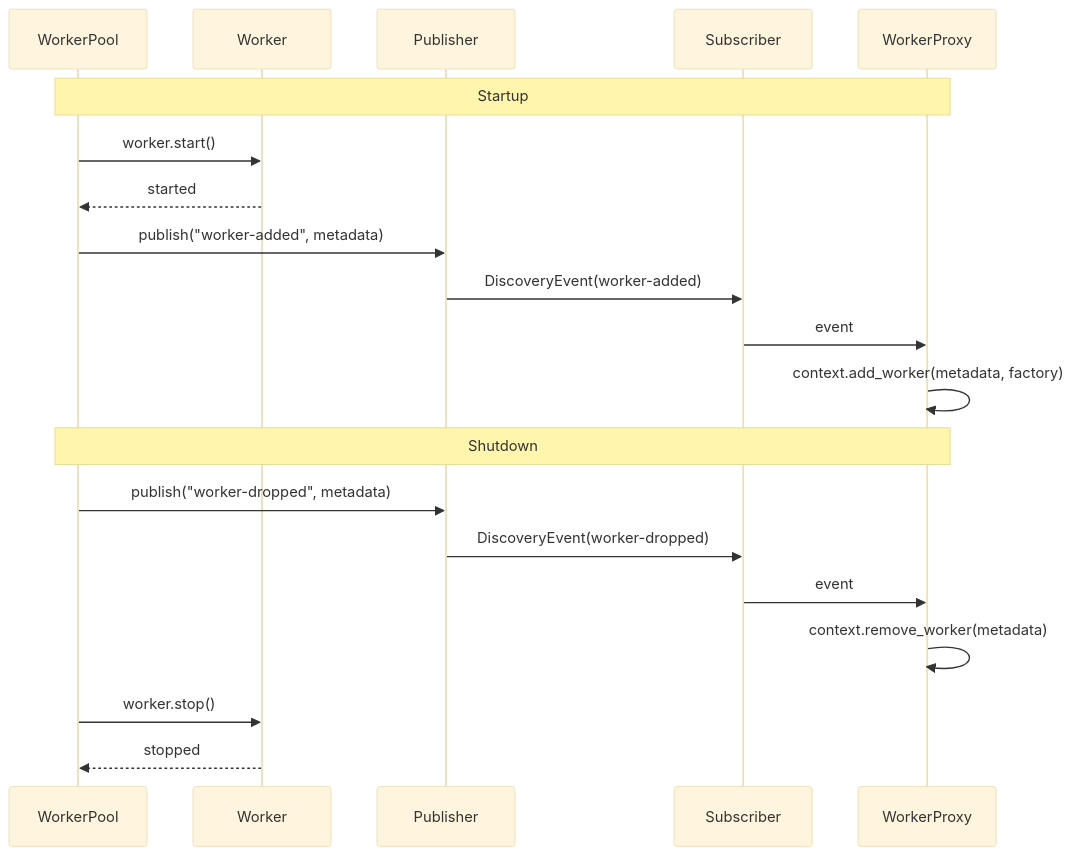
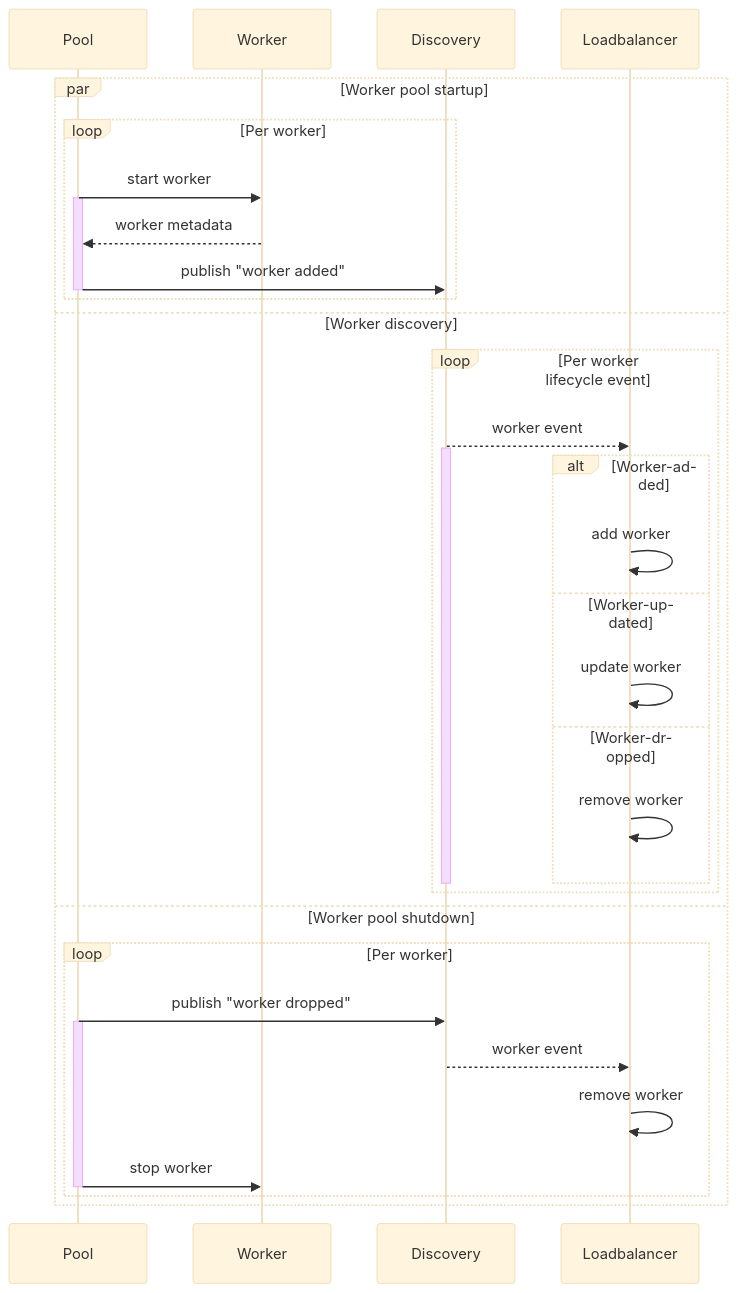
Before and after one commit to wool-labs/wool: the diagram in wool/src/wool/runtime/discovery/README.md, drawn with Mermaid (base theme). The commit also changed other lines of this file and 22 other files, not shown here.

Commit message:
Rename work subpackage to routine; Add README to routine subpackage; Tweak READMEs for discovery and loadbalancer subpackages

````diff
--- a/wool/src/wool/runtime/discovery/README.md
+++ b/wool/src/wool/runtime/discovery/README.md
@@ -147,26 +145,41 @@
 ```mermaid
 sequenceDiagram
-    participant Pool as WorkerPool
-    participant W as Worker
-    participant Pub as Publisher
-    participant Sub as Subscriber
-    participant Proxy as WorkerProxy
+    participant Pool
+    participant Worker
+    participant Discovery
+    participant Loadbalancer
 
-    Note over Pool,Proxy: Startup
+    par Worker pool startup
+        loop Per worker
+            Pool ->> Worker: start worker
+            activate Pool
+            Worker -->> Pool: worker metadata
+            Pool ->> Discovery: publish "worker added"
+            deactivate Pool
+        end
+    and Worker discovery
+        loop Per worker lifecycle event
+            Discovery -->> Loadbalancer: worker event
+            activate Discovery
+            alt Worker-added
+                Loadbalancer ->> Loadbalancer: add worker
+            else Worker-updated
+                Loadbalancer ->> Loadbalancer: update worker
+            else Worker-dropped
+                Loadbalancer ->> Loadbalancer: remove worker
+            end
+            deactivate Discovery
+        end
 
-    Pool->>W: worker.start()
-    W-->>Pool: started
-    Pool->>Pub: publish("worker-added", metadata)
-    Pub->>Sub: DiscoveryEvent(worker-added)
-    Sub->>Proxy: event
-    Proxy->>Proxy: context.add_worker(metadata, factory)
+    and Worker pool shutdown
 
-    Note over Pool,Proxy: Shutdown
-
-    Pool->>Pub: publish("worker-dropped", metadata)
-    Pub->>Sub: DiscoveryEvent(worker-dropped)
-    Sub->>Proxy: event
-    Proxy->>Proxy: context.remove_worker(metadata)
-    Pool->>W: worker.stop()
-    W-->>Pool: stopped
+        loop Per worker
+            Pool ->> Discovery: publish "worker dropped"
+            activate Pool
+            Discovery -->> Loadbalancer: worker event
+            Loadbalancer ->> Loadbalancer: remove worker
+            Pool ->> Worker: stop worker
+            deactivate Pool
+        end
+    end
 ```
````
